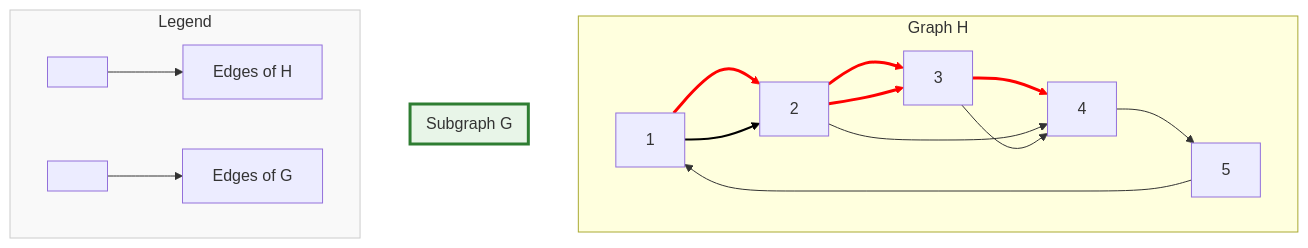
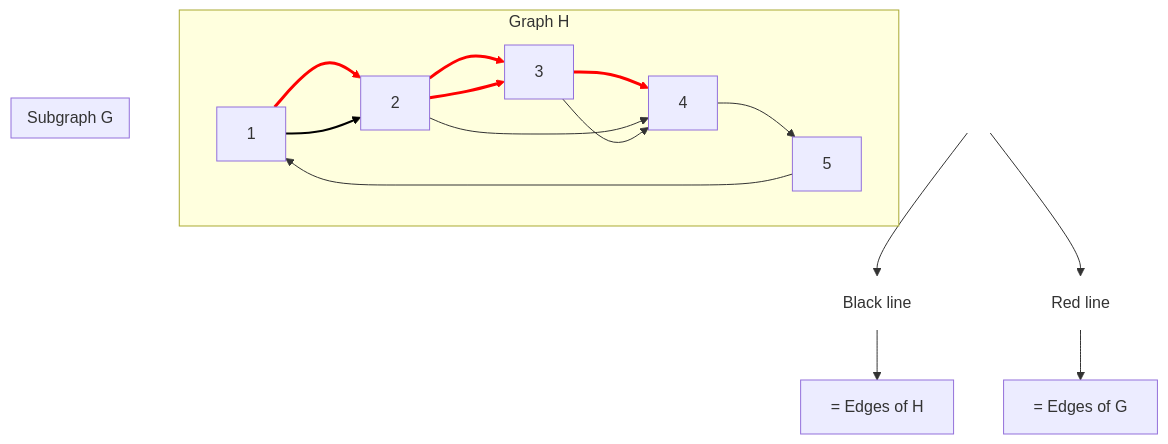
The second of 2 diagrams in Mathematical Notions and Terminology in Information Theory 0.2.md (Prodaturu/Obsidian), drawn with Mermaid before and after one commit. The commit also changed 2 other files, not shown here.

Commit message:
vault sync: 2025-11-18 23:24:31

````diff
--- a/Mathematical Notions and Terminology in Information Theory 0.2.md
+++ b/Mathematical Notions and Terminology in Information Theory 0.2.md
@@ -388,48 +388,47 @@
 ```mermaid
 graph TB
     subgraph H[Graph H]
         A[1]
         B[2]
         C[3]
         D[4]
         E[5]
         
         A --> B
         B --> C
         C --> D
         D --> E
         E --> A
         B --> D
     end
     
     subgraph G[Subgraph G]
         A
         B
         C
         D
         A --> B
         B --> C
         C --> D
     end
     
-    classDef subgraphStyle fill:#e8f5e8,stroke:#2e7d32,stroke-width:3px
-    class G subgraphStyle
-    
     %% Color the edges in subgraph G
     linkStyle 0 stroke:#ff0000,stroke-width:3px,color:#ff0000
     linkStyle 1 stroke:#ff0000,stroke-width:3px,color:#ff0000  
     linkStyle 2 stroke:#ff0000,stroke-width:3px,color:#ff0000
     
-    %% Legend section
-    subgraph Legend[Legend]
-        direction LR
-        LH[ ] --> LHT[Edges of H]
-        LG[ ] --> LGT[Edges of G]
-    end
+    %% Legend at bottom using invisible spacer
+    spacer[ ]
     
-    linkStyle 6 stroke:#000000,stroke-width:2px,color:#000000
-    linkStyle 7 stroke:#ff0000,stroke-width:3px,color:#ff0000
+    LH[Black line] --> LHT[ = Edges of H]
+    LG[Red line] --> LGT[ = Edges of G]
     
-    class Legend legendBox
-    classDef legendBox fill:#f9f9f9,stroke:#cccccc,stroke-width:1px
+    spacer --> LH
+    spacer --> LG
+    
+    linkStyle 6 stroke:#000000,stroke-width:2px
+    linkStyle 7 stroke:#ff0000,stroke-width:3px
+    
+    class spacer,LH,LG invisible
+    classDef invisible fill:#ffffff,stroke:#ffffff,stroke-width:0px
 ```
````
